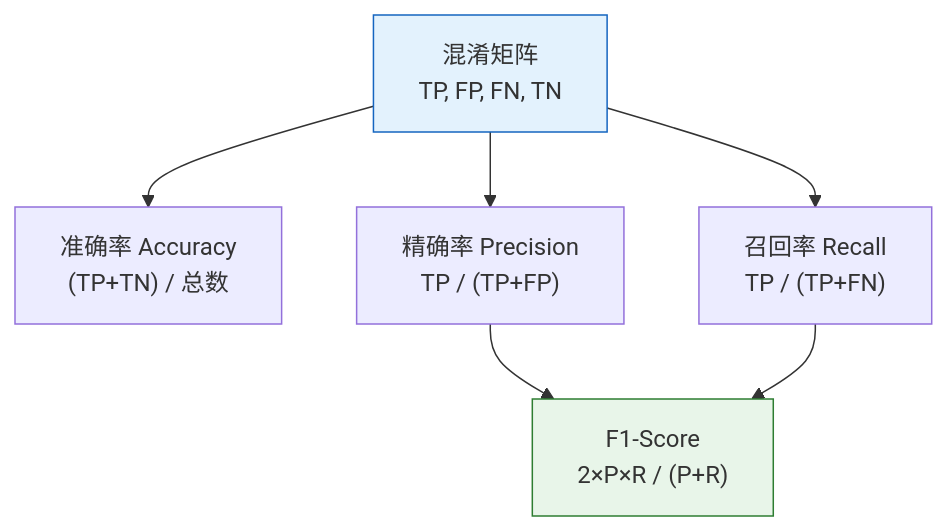
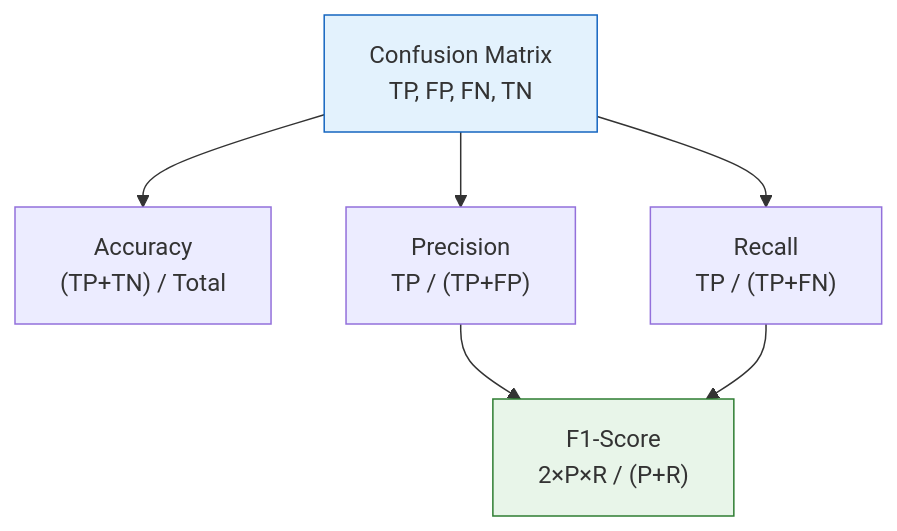
One commit to oudbiao/AI-fullstack-course changed the first of 2 diagrams in docs/ch05-machine-learning/ch04-evaluation/01-metrics.md. Above: the diagram before and after it, drawn with Mermaid. The commit also changed other lines of this file and 1406 other files, not shown here.

````diff
--- a/docs/ch05-machine-learning/ch04-evaluation/01-metrics.md
+++ b/docs/ch05-machine-learning/ch04-evaluation/01-metrics.md
@@ -135,11 +135,11 @@
 ```mermaid
 flowchart TD
-    CM["混淆矩阵<br/>TP, FP, FN, TN"] --> ACC["准确率 Accuracy<br/>(TP+TN) / 总数"]
-    CM --> PRE["精确率 Precision<br/>TP / (TP+FP)"]
-    CM --> REC["召回率 Recall<br/>TP / (TP+FN)"]
+    CM["Confusion Matrix<br/>TP, FP, FN, TN"] --> ACC["Accuracy<br/>(TP+TN) / Total"]
+    CM --> PRE["Precision<br/>TP / (TP+FP)"]
+    CM --> REC["Recall<br/>TP / (TP+FN)"]
     PRE --> F1["F1-Score<br/>2×P×R / (P+R)"]
     REC --> F1
 
     style CM fill:#e3f2fd,stroke:#1565c0,color:#333
     style F1 fill:#e8f5e9,stroke:#2e7d32,color:#333
 ```
````
